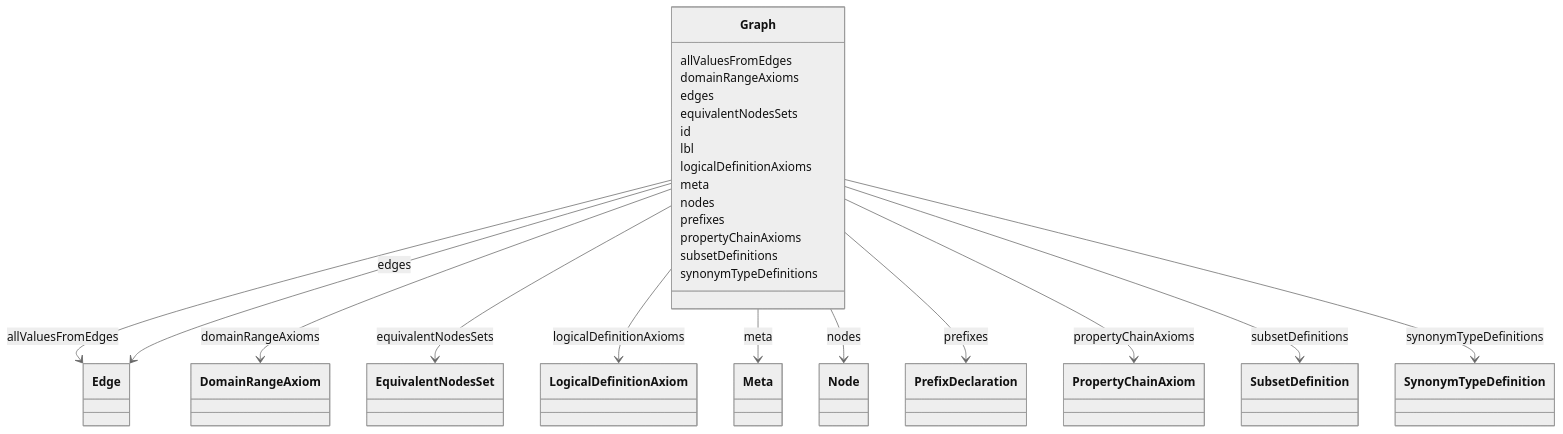
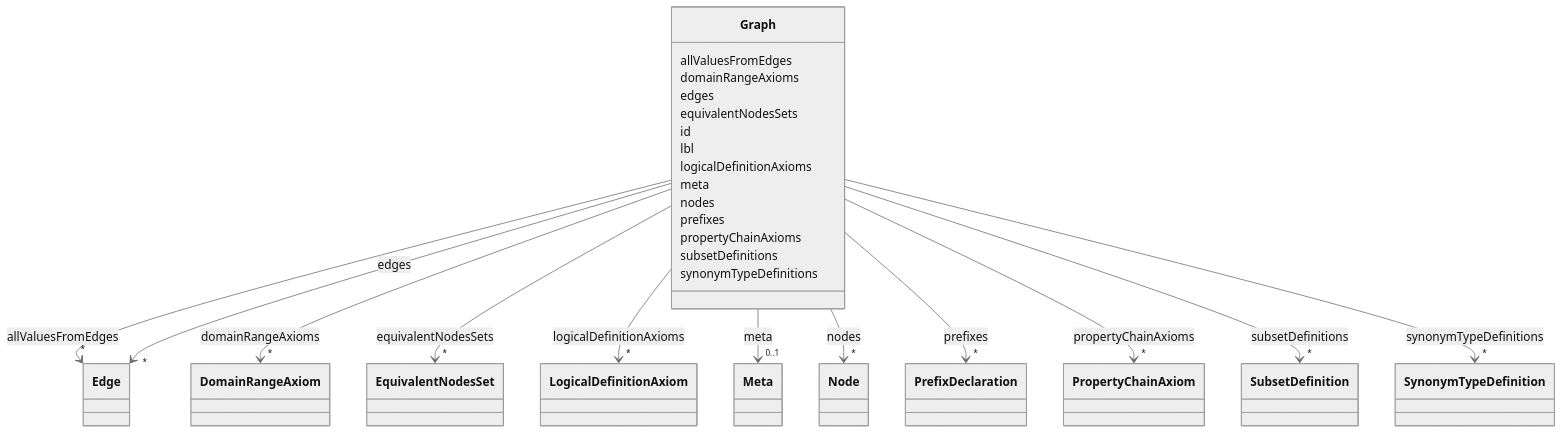
The diagram in obograph/Graph.md (INCATools/ontology-access-kit), drawn with Mermaid (neutral theme) before and after one commit. The commit also changed other lines of this file and 3329 other files, not shown here.

````diff
--- a/obograph/Graph.md
+++ b/obograph/Graph.md
@@ -17,21 +19,42 @@
 ```{mermaid}
  classDiagram
     class Graph
+    click Graph href "../Graph"
       Graph : allValuesFromEdges
         
-          Graph --> Edge : allValuesFromEdges
+          
+    
+    
+    Graph --> "*" Edge : allValuesFromEdges
+    click Edge href "../Edge"
+
         
       Graph : domainRangeAxioms
         
-          Graph --> DomainRangeAxiom : domainRangeAxioms
+          
+    
+    
+    Graph --> "*" DomainRangeAxiom : domainRangeAxioms
+    click DomainRangeAxiom href "../DomainRangeAxiom"
+
         
       Graph : edges
         
-          Graph --> Edge : edges
+          
+    
+    
+    Graph --> "*" Edge : edges
+    click Edge href "../Edge"
+
         
       Graph : equivalentNodesSets
         
-          Graph --> EquivalentNodesSet : equivalentNodesSets
+          
+    
+    
+    Graph --> "*" EquivalentNodesSet : equivalentNodesSets
+    click EquivalentNodesSet href "../EquivalentNodesSet"
+
         
       Graph : id
         
@@ -39,31 +62,66 @@
         
       Graph : logicalDefinitionAxioms
         
-          Graph --> LogicalDefinitionAxiom : logicalDefinitionAxioms
+          
+    
+    
+    Graph --> "*" LogicalDefinitionAxiom : logicalDefinitionAxioms
+    click LogicalDefinitionAxiom href "../LogicalDefinitionAxiom"
+
         
       Graph : meta
         
-          Graph --> Meta : meta
+          
+    
+    
+    Graph --> "0..1" Meta : meta
+    click Meta href "../Meta"
+
         
       Graph : nodes
         
-          Graph --> Node : nodes
+          
+    
+    
+    Graph --> "*" Node : nodes
+    click Node href "../Node"
+
         
       Graph : prefixes
         
-          Graph --> PrefixDeclaration : prefixes
+          
+    
+    
+    Graph --> "*" PrefixDeclaration : prefixes
+    click PrefixDeclaration href "../PrefixDeclaration"
+
         
       Graph : propertyChainAxioms
         
-          Graph --> PropertyChainAxiom : propertyChainAxioms
+          
+    
+    
+    Graph --> "*" PropertyChainAxiom : propertyChainAxioms
+    click PropertyChainAxiom href "../PropertyChainAxiom"
+
         
       Graph : subsetDefinitions
         
-          Graph --> SubsetDefinition : subsetDefinitions
+          
+    
+    
+    Graph --> "*" SubsetDefinition : subsetDefinitions
+    click SubsetDefinition href "../SubsetDefinition"
+
         
       Graph : synonymTypeDefinitions
         
-          Graph --> SynonymTypeDefinition : synonymTypeDefinitions
+          
+    
+    
+    Graph --> "*" SynonymTypeDefinition : synonymTypeDefinitions
+    click SynonymTypeDefinition href "../SynonymTypeDefinition"
+
         
       
 ```
````
